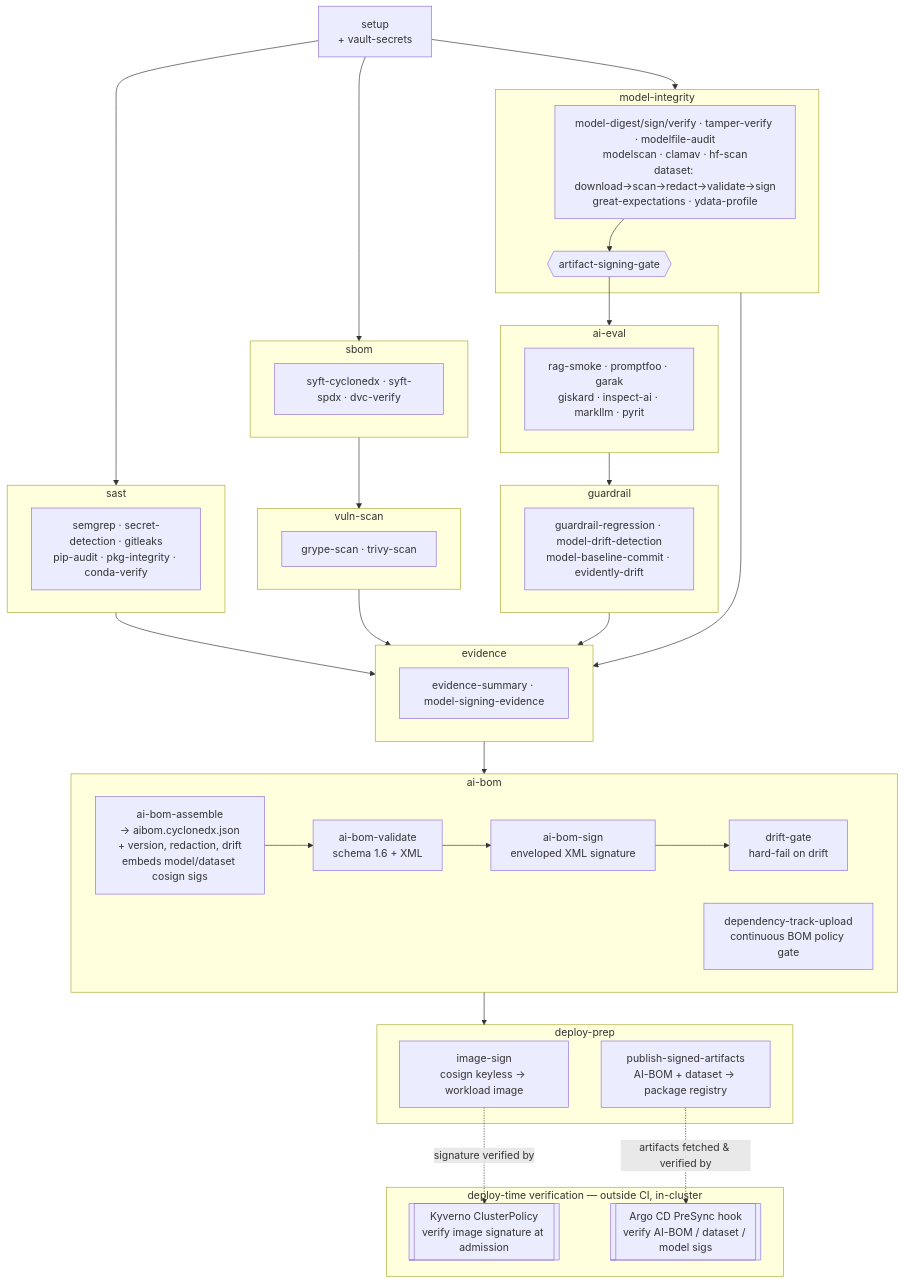
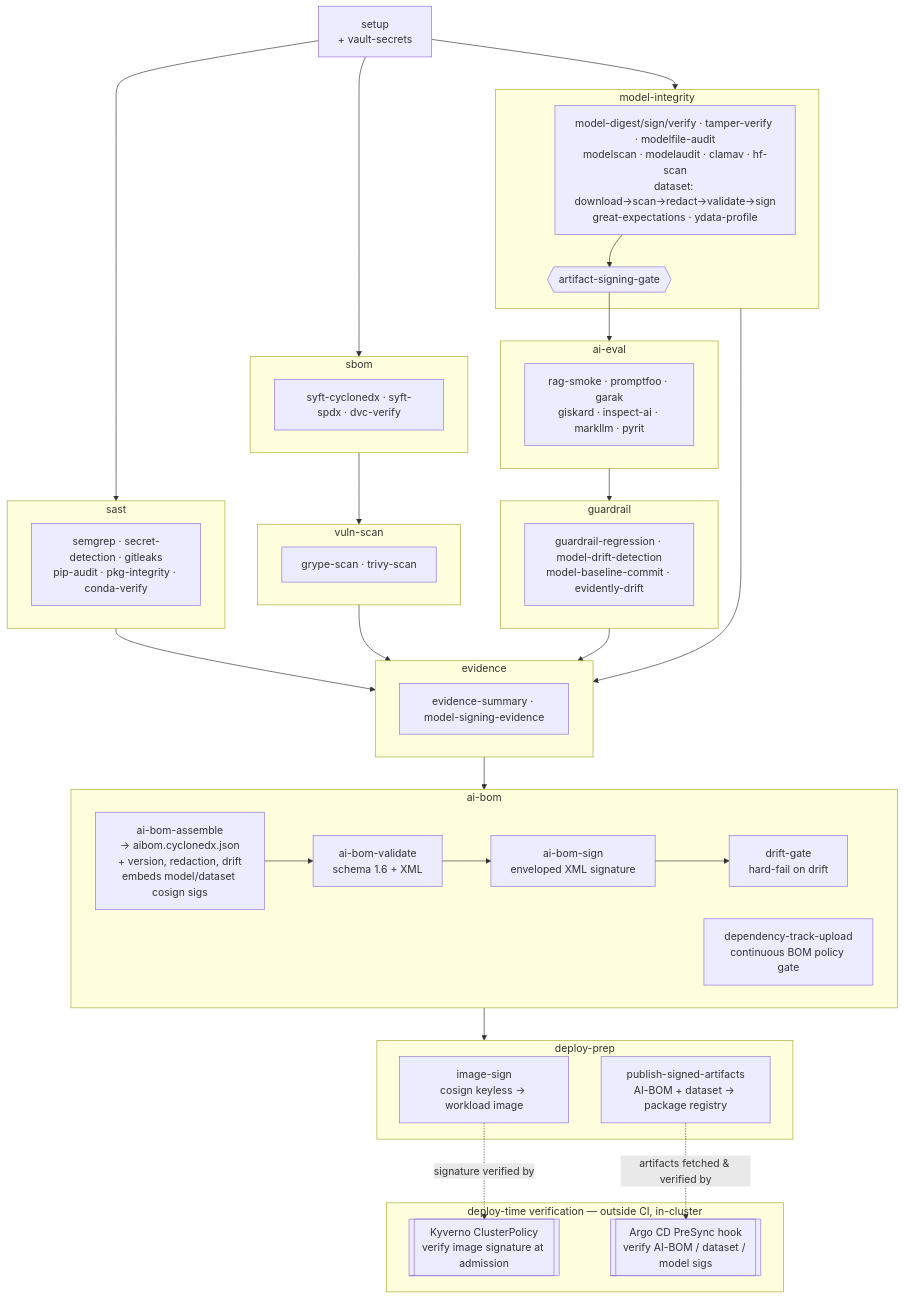
One commit to Nate-Carroll-Cyber/mlsecdevops-pipeline-example changed the diagram in docs/gaips-materials/README.md. Above: the diagram before and after it, drawn with Mermaid. The commit also changed other lines of this file and 6 other files, not shown here.

Commit message:
ci: add modelaudit static model scan

````diff
--- a/docs/gaips-materials/README.md
+++ b/docs/gaips-materials/README.md
@@ -81,49 +81,49 @@
 ```mermaid
 flowchart TD
     setup[setup<br/>+ vault-secrets]
 
     subgraph SAST [sast]
       sast_jobs[semgrep · secret-detection · gitleaks<br/>pip-audit · pkg-integrity · conda-verify]
     end
     subgraph SBOM [sbom]
       sbom_jobs[syft-cyclonedx · syft-spdx · dvc-verify]
     end
     subgraph VULN [vuln-scan]
       vuln_jobs[grype-scan · trivy-scan]
     end
     subgraph MI [model-integrity]
-      mi_jobs[model-digest/sign/verify · tamper-verify · modelfile-audit<br/>modelscan · clamav · hf-scan<br/>dataset: download→scan→redact→validate→sign<br/>great-expectations · ydata-profile]
+      mi_jobs[model-digest/sign/verify · tamper-verify · modelfile-audit<br/>modelscan · modelaudit · clamav · hf-scan<br/>dataset: download→scan→redact→validate→sign<br/>great-expectations · ydata-profile]
       gate{{artifact-signing-gate}}
       mi_jobs --> gate
     end
     subgraph EVAL [ai-eval]
       eval_jobs[rag-smoke · promptfoo · garak<br/>giskard · inspect-ai · markllm · pyrit]
     end
     subgraph GUARD [guardrail]
       guard_jobs[guardrail-regression · model-drift-detection<br/>model-baseline-commit · evidently-drift]
     end
     subgraph EVID [evidence]
       evid_jobs[evidence-summary · model-signing-evidence]
     end
     subgraph AIBOM [ai-bom]
       assemble[ai-bom-assemble<br/>→ aibom.cyclonedx.json<br/>+ version, redaction, drift<br/>embeds model/dataset cosign sigs] --> validate[ai-bom-validate<br/>schema 1.6 + XML] --> aibom_sign[ai-bom-sign<br/>enveloped XML signature] --> drift_gate[drift-gate<br/>hard-fail on drift]
       dtrack[dependency-track-upload<br/>continuous BOM policy gate]
     end
     subgraph DEPLOY [deploy-prep]
       imgsign[image-sign<br/>cosign keyless → workload image]
       publish[publish-signed-artifacts<br/>AI-BOM + dataset → package registry]
     end
     subgraph VERIFY [deploy-time verification — outside CI, in-cluster]
       kyverno[[Kyverno ClusterPolicy<br/>verify image signature at admission]]
       presync[[Argo CD PreSync hook<br/>verify AI-BOM / dataset / model sigs]]
     end
 
     setup --> SAST & SBOM & MI
     SBOM --> VULN
     gate --> EVAL --> GUARD
     SAST & VULN & GUARD & MI --> EVID
     EVID --> AIBOM
     AIBOM --> DEPLOY
     imgsign -. "signature verified by" .-> kyverno
     publish -. "artifacts fetched & verified by" .-> presync
 ```
````
